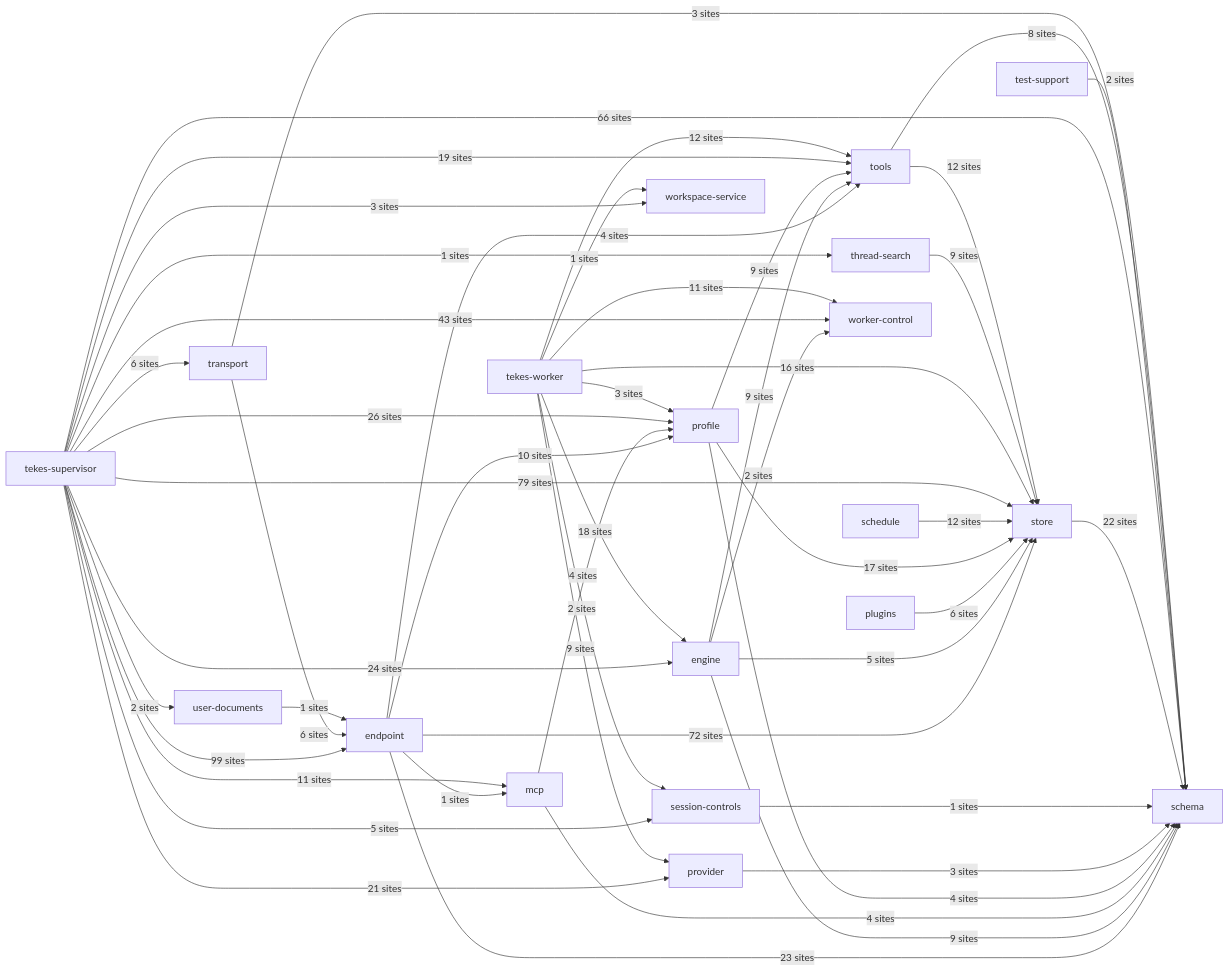
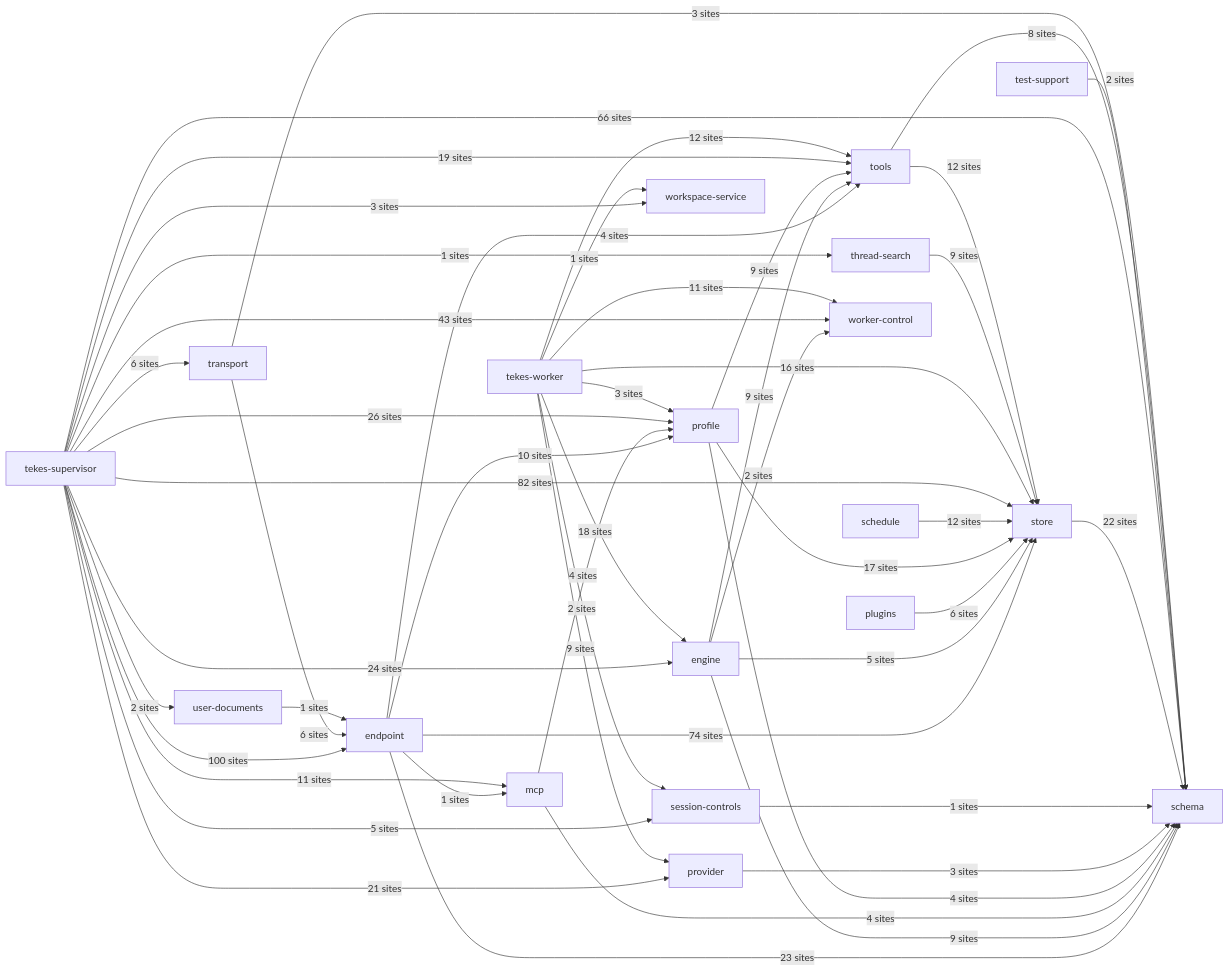
Before and after one commit to TekesApps/TekesKernel: the second of 2 diagrams in docs/architecture/generated/index.md, drawn with Mermaid. The commit also changed other lines of this file and 61 other files, not shown here.

````diff
--- a/docs/architecture/generated/index.md
+++ b/docs/architecture/generated/index.md
@@ -149,70 +149,70 @@
 ```mermaid
 flowchart LR
   p1["endpoint"]
   p2["engine"]
   p4["mcp"]
   p5["plugins"]
   p6["profile"]
   p7["provider"]
   p8["schedule"]
   p9["schema"]
   p10["session-controls"]
   p11["store"]
   p12["tekes-supervisor"]
   p13["tekes-worker"]
   p14["test-support"]
   p15["thread-search"]
   p16["tools"]
   p17["transport"]
   p18["user-documents"]
   p19["worker-control"]
   p20["workspace-service"]
   p1 -->|"1 sites"| p4
   p1 -->|"10 sites"| p6
   p1 -->|"23 sites"| p9
-  p1 -->|"72 sites"| p11
+  p1 -->|"74 sites"| p11
   p1 -->|"4 sites"| p16
   p2 -->|"9 sites"| p9
   p2 -->|"5 sites"| p11
   p2 -->|"9 sites"| p16
   p2 -->|"2 sites"| p19
   p4 -->|"4 sites"| p6
   p4 -->|"4 sites"| p9
   p5 -->|"6 sites"| p11
   p6 -->|"4 sites"| p9
   p6 -->|"17 sites"| p11
   p6 -->|"9 sites"| p16
   p7 -->|"3 sites"| p9
   p8 -->|"12 sites"| p11
   p10 -->|"1 sites"| p9
   p11 -->|"22 sites"| p9
-  p12 -->|"99 sites"| p1
+  p12 -->|"100 sites"| p1
   p12 -->|"24 sites"| p2
   p12 -->|"11 sites"| p4
   p12 -->|"26 sites"| p6
   p12 -->|"21 sites"| p7
   p12 -->|"66 sites"| p9
   p12 -->|"5 sites"| p10
-  p12 -->|"79 sites"| p11
+  p12 -->|"82 sites"| p11
   p12 -->|"1 sites"| p15
   p12 -->|"19 sites"| p16
   p12 -->|"6 sites"| p17
   p12 -->|"2 sites"| p18
   p12 -->|"43 sites"| p19
   p12 -->|"3 sites"| p20
   p13 -->|"18 sites"| p2
   p13 -->|"3 sites"| p6
   p13 -->|"9 sites"| p7
   p13 -->|"2 sites"| p10
   p13 -->|"16 sites"| p11
   p13 -->|"12 sites"| p16
   p13 -->|"11 sites"| p19
   p13 -->|"1 sites"| p20
   p14 -->|"2 sites"| p9
   p15 -->|"9 sites"| p11
   p16 -->|"8 sites"| p9
   p16 -->|"12 sites"| p11
   p17 -->|"6 sites"| p1
   p17 -->|"3 sites"| p9
   p18 -->|"1 sites"| p1
 ```
````
